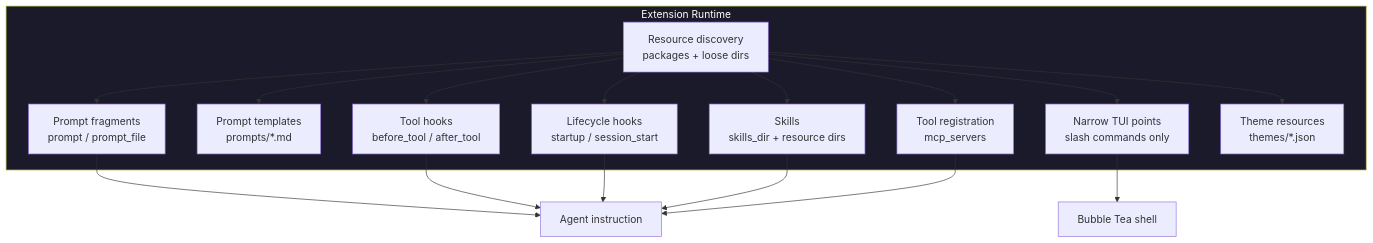
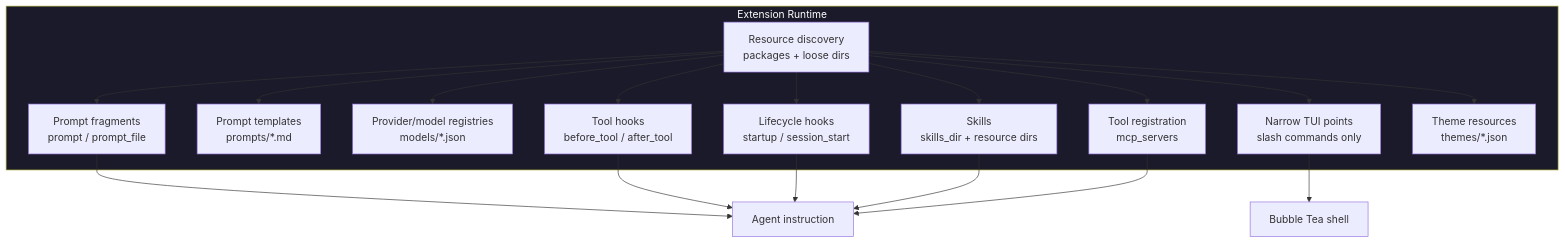
The seventh of 12 diagrams in ARCHITECTURE.md (Pizzaface/pi-go), drawn with Mermaid before and after one commit. The commit also changed other lines of this file and 18 other files, not shown here.

````diff
--- a/ARCHITECTURE.md
+++ b/ARCHITECTURE.md
@@ -321,32 +326,34 @@
 ```mermaid
 graph TD
     subgraph Runtime["Extension Runtime"]
         discovery["Resource discovery<br/>packages + loose dirs"]
         prompts["Prompt fragments<br/>prompt / prompt_file"]
         prompt_templates["Prompt templates<br/>prompts/*.md"]
+        models["Provider/model registries<br/>models/*.json"]
         hooks["Tool hooks<br/>before_tool / after_tool"]
         lifecycle["Lifecycle hooks<br/>startup / session_start"]
         skills["Skills<br/>skills_dir + resource dirs"]
         mcp["Tool registration<br/>mcp_servers"]
         tui["Narrow TUI points<br/>slash commands only"]
         themes["Theme resources<br/>themes/*.json"]
     end
 
     discovery --> prompts
     discovery --> prompt_templates
+    discovery --> models
     discovery --> hooks
     discovery --> lifecycle
     discovery --> skills
     discovery --> mcp
     discovery --> tui
     discovery --> themes
 
     prompts --> agent["Agent instruction"]
     hooks --> agent
     lifecycle --> agent
     skills --> agent
     mcp --> agent
     tui --> tui_shell["Bubble Tea shell"]
 
     style Runtime fill:#1a1a2a,color:#fff
 ```
````
